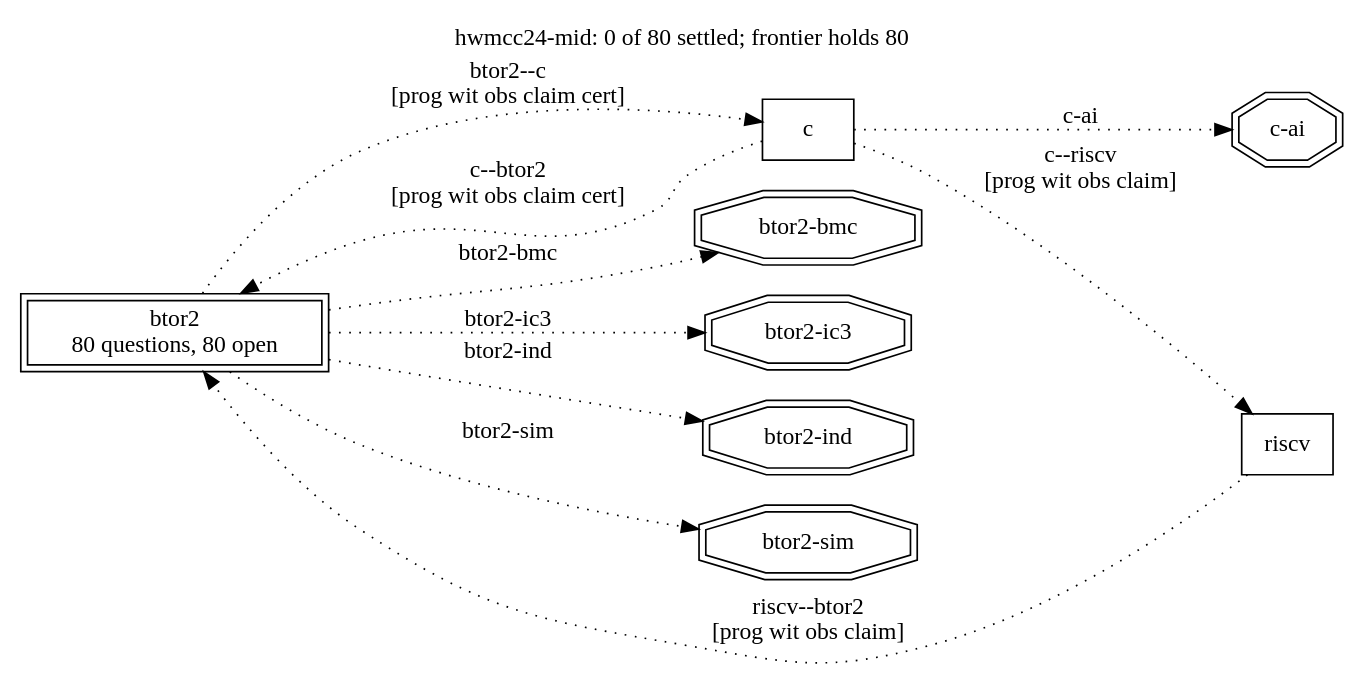
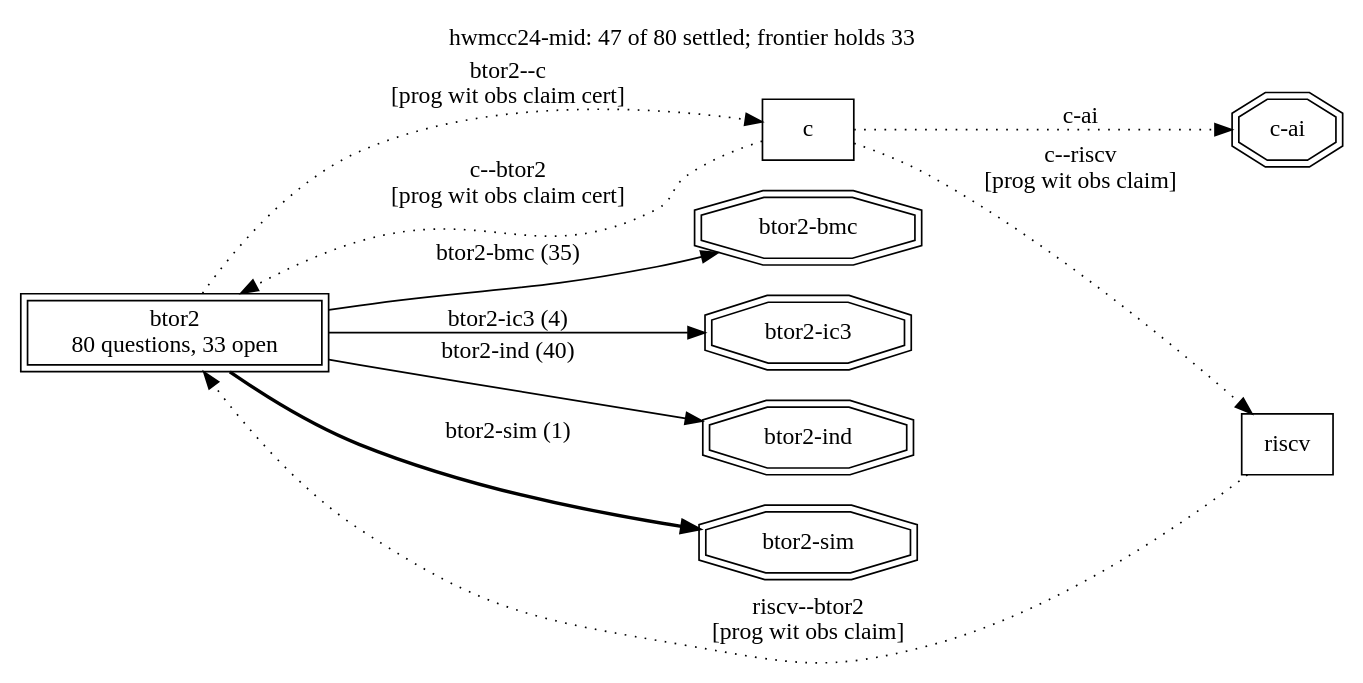
Before and after one commit to cksystemsgroup/hurdy-gurdy: the diagram in runs/hwmcc24-mid/frontier.dot, drawn with Graphviz. The commit also changed 10 other files, not shown here.

```diff
--- a/runs/hwmcc24-mid/frontier.dot
+++ b/runs/hwmcc24-mid/frontier.dot
@@ -1,22 +1,22 @@
 digraph "hwmcc24-mid" {
   rankdir=LR; labelloc=t;
-  label="hwmcc24-mid: 0 of 80 settled; frontier holds 80";
+  label="hwmcc24-mid: 47 of 80 settled; frontier holds 33";
   node [shape=box];
-  "btor2" [peripheries=2, label="btor2\n80 questions, 80 open"];
+  "btor2" [peripheries=2, label="btor2\n80 questions, 33 open"];
   "c";
   "riscv";
   "btor2" -> "c" [style=dotted, label="btor2--c\n[prog wit obs claim cert]"];
   "c" -> "btor2" [style=dotted, label="c--btor2\n[prog wit obs claim cert]"];
   "c" -> "riscv" [style=dotted, label="c--riscv\n[prog wit obs claim]"];
   "riscv" -> "btor2" [style=dotted, label="riscv--btor2\n[prog wit obs claim]"];
   "search:btor2-bmc" [shape=doubleoctagon, label="btor2-bmc"];
-  "btor2" -> "search:btor2-bmc" [style=dotted, label="btor2-bmc"];
+  "btor2" -> "search:btor2-bmc" [style=solid, label="btor2-bmc (35)"];
   "search:btor2-ic3" [shape=doubleoctagon, label="btor2-ic3"];
-  "btor2" -> "search:btor2-ic3" [style=dotted, label="btor2-ic3"];
+  "btor2" -> "search:btor2-ic3" [style=solid, label="btor2-ic3 (4)"];
   "search:btor2-ind" [shape=doubleoctagon, label="btor2-ind"];
-  "btor2" -> "search:btor2-ind" [style=dotted, label="btor2-ind"];
+  "btor2" -> "search:btor2-ind" [style=solid, label="btor2-ind (40)"];
   "search:btor2-sim" [shape=doubleoctagon, label="btor2-sim"];
-  "btor2" -> "search:btor2-sim" [style=dotted, label="btor2-sim"];
+  "btor2" -> "search:btor2-sim" [style=bold, label="btor2-sim (1)"];
   "search:c-ai" [shape=doubleoctagon, label="c-ai"];
   "c" -> "search:c-ai" [style=dotted, label="c-ai"];
 }
```
